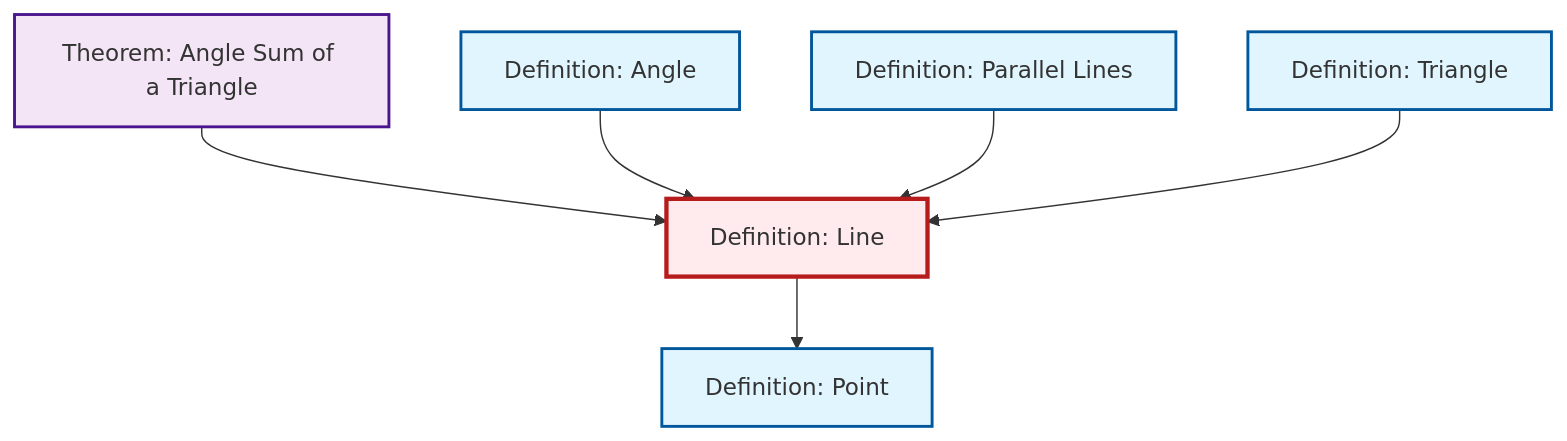
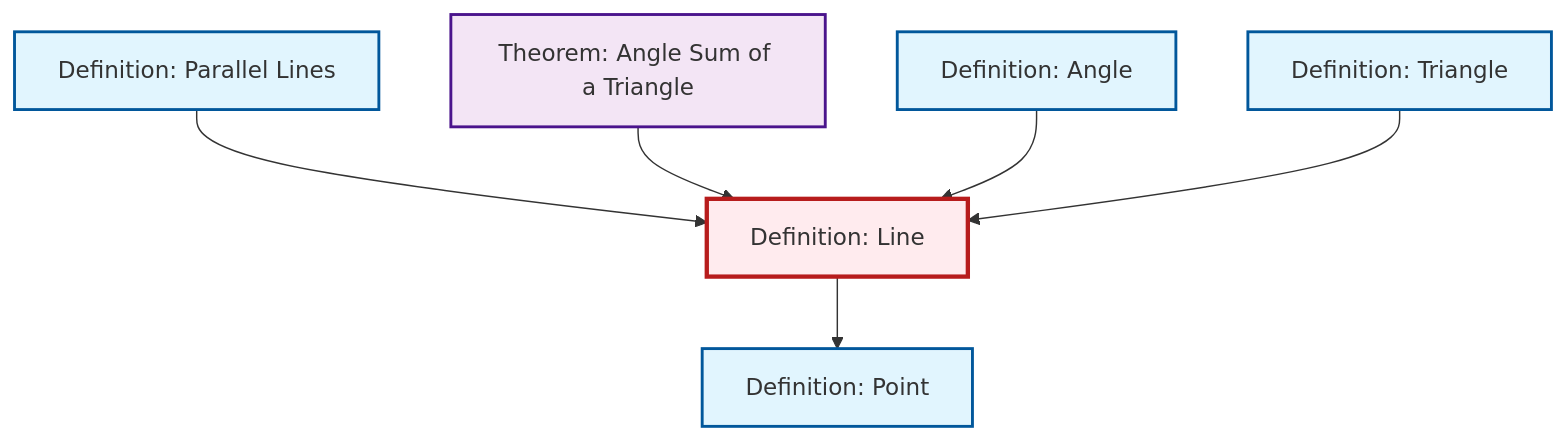
One commit to RK0429/ModernMath changed the diagram in content/en/geometry/def-line.qmd. Above: the diagram before and after it, drawn with Mermaid. The commit also changed other lines of this file and 654 other files, not shown here.

````diff
--- a/content/en/geometry/def-line.qmd
+++ b/content/en/geometry/def-line.qmd
@@ -45,26 +45,26 @@
 ```{mermaid}
 %%| fig-cap: "Local dependency graph"
 graph TD
     classDef definition fill:#e1f5fe,stroke:#01579b,stroke-width:2px
     classDef theorem fill:#f3e5f5,stroke:#4a148c,stroke-width:2px
     classDef axiom fill:#fff3e0,stroke:#e65100,stroke-width:2px
     classDef example fill:#e8f5e9,stroke:#1b5e20,stroke-width:2px
     classDef current fill:#ffebee,stroke:#b71c1c,stroke-width:3px
+    def-parallel["Definition: Parallel Lines"]:::definition
+    def-line["Definition: Line"]:::definition
     def-point["Definition: Point"]:::definition
-    def-parallel["Definition: Parallel Lines"]:::definition
     def-triangle["Definition: Triangle"]:::definition
     thm-angle-sum-triangle["Theorem: Angle Sum of a Triangle"]:::theorem
     def-angle["Definition: Angle"]:::definition
-    def-line["Definition: Line"]:::definition
+    def-parallel --> def-line
     thm-angle-sum-triangle --> def-line
     def-angle --> def-line
-    def-parallel --> def-line
+    def-line --> def-point
     def-triangle --> def-line
-    def-line --> def-point
     class def-line current
+    click def-parallel "def-parallel.html" "Go to Parallel Lines definition"
     click def-point "def-point.html" "Go to Point definition"
-    click def-parallel "def-parallel.html" "Go to Parallel Lines definition"
     click def-triangle "def-triangle.html" "Go to Triangle definition"
     click thm-angle-sum-triangle "thm-angle-sum-triangle.html" "Go to Angle Sum of a Triangle theorem"
     click def-angle "def-angle.html" "Go to Angle definition"
 ```
````
